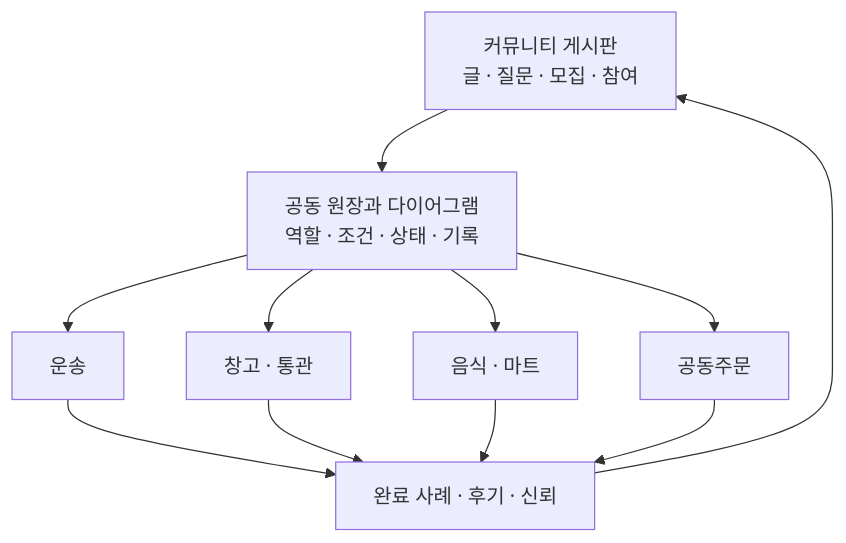
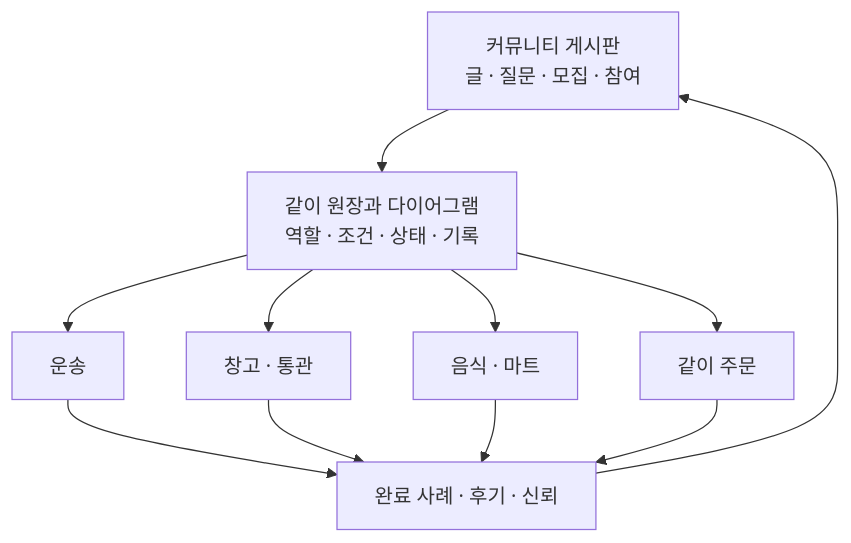
One commit to cheolwo/hongdal changed the diagram in README.md. Above: the diagram before and after it, drawn with Mermaid. The commit also changed other lines of this file, not shown here.

````diff
--- a/README.md
+++ b/README.md
@@ -57,21 +57,21 @@
 ```mermaid
 flowchart TB
     A["커뮤니티 게시판<br/>글 · 질문 · 모집 · 참여"]
-    B["공동 원장과 다이어그램<br/>역할 · 조건 · 상태 · 기록"]
+    B["같이 원장과 다이어그램<br/>역할 · 조건 · 상태 · 기록"]
     C["운송"]
     D["창고 · 통관"]
     E["음식 · 마트"]
-    F["공동주문"]
+    F["같이 주문"]
     G["완료 사례 · 후기 · 신뢰"]
 
     A --> B
     B --> C
     B --> D
     B --> E
     B --> F
     C --> G
     D --> G
     E --> G
     F --> G
     G --> A
 ```
````
